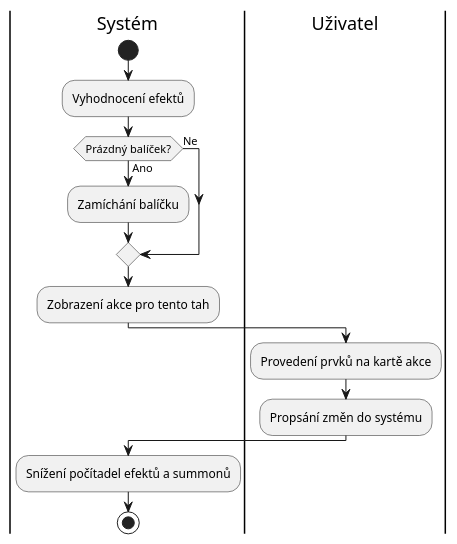
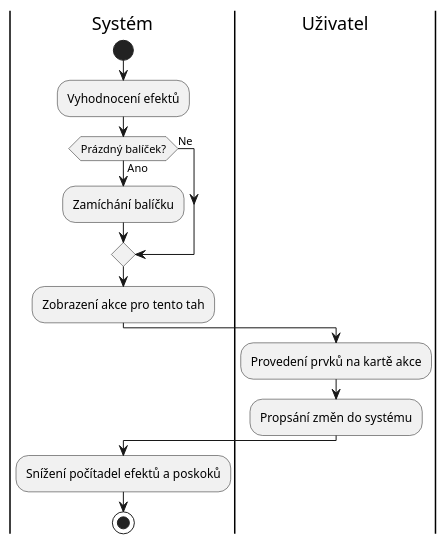
Before and after one commit to Trails-Through-Shadows/TTS-Thesis: the diagram in kov0354/src/figures/diagrams/enemyTurn.puml, drawn with PlantUML. The commit also changed 16 other files, not shown here.

```diff
--- a/kov0354/src/figures/diagrams/enemyTurn.puml
+++ b/kov0354/src/figures/diagrams/enemyTurn.puml
@@ -1,20 +1,20 @@
 @startuml enemyTurn
 |Systém|
 start
 
 :Vyhodnocení efektů;
 if (Prázdný balíček?) then (Ano)
   :Zamíchání balíčku;
 else (Ne)
 endif
 :Zobrazení akce pro tento tah;
 
 |Uživatel|
 :Provedení prvků na kartě akce;
 :Propsání změn do systému;
 
 |Systém|
-:Snížení počítadel efektů a summonů;
+:Snížení počítadel efektů a poskoků;
 
 stop
 @enduml
```
